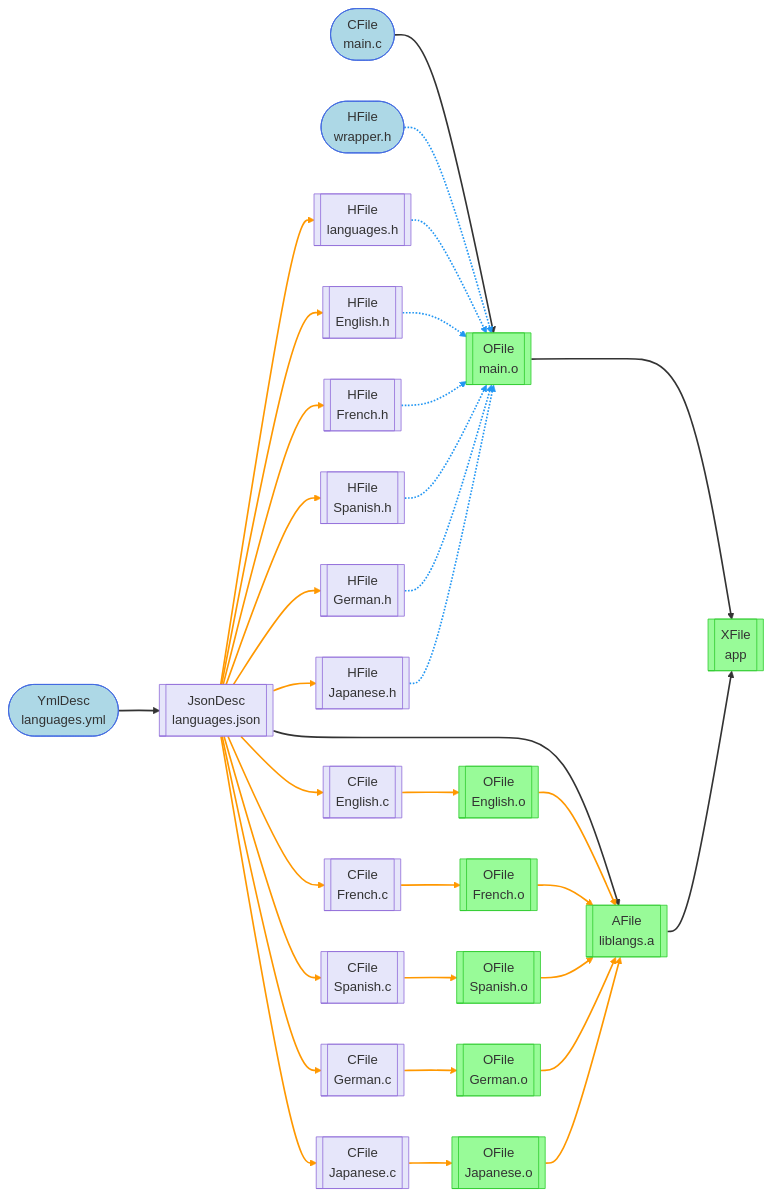
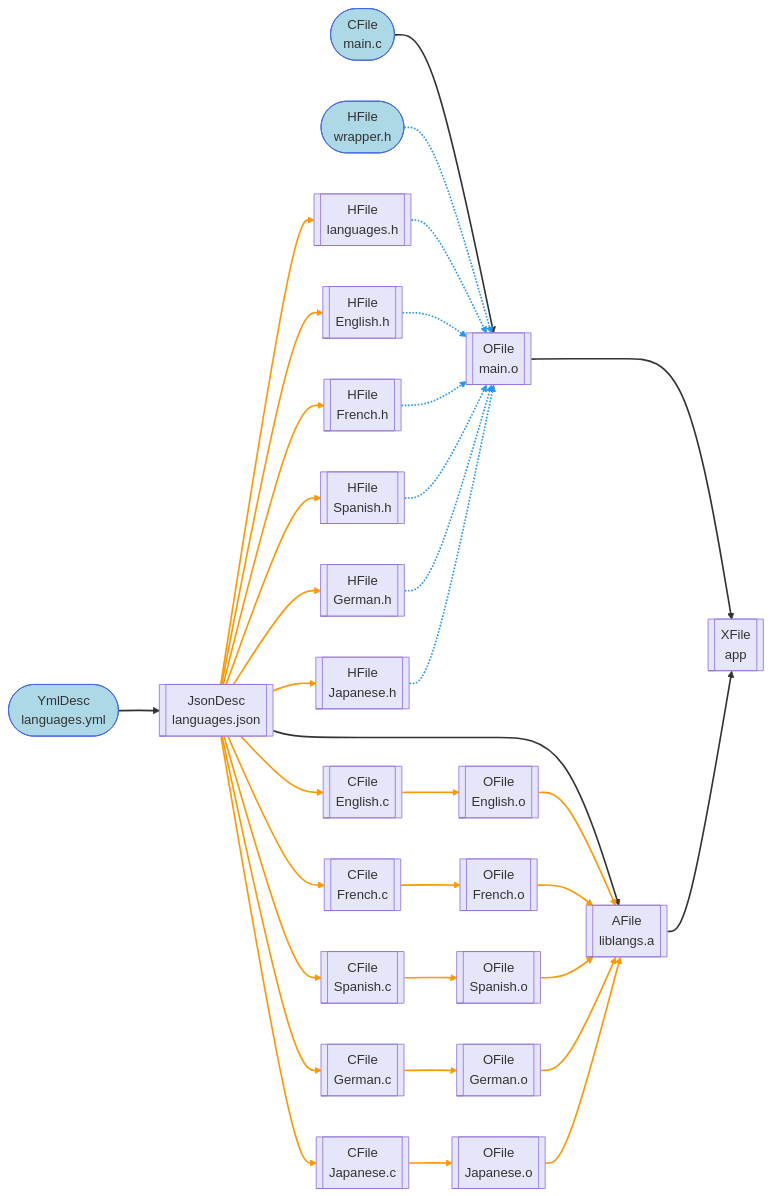
The diagram in demo_projects/project_expand/graph.mermaid (laurentcarrie/yamake), drawn with Mermaid before and after one commit. The commit also changed 1 other file, not shown here.

```diff
--- a/demo_projects/project_expand/graph.mermaid
+++ b/demo_projects/project_expand/graph.mermaid
@@ -1,113 +1,113 @@
 flowchart LR
     n0(["CFile<br>main.c"])
     n1[["OFile<br>main.o"]];
     n2(["HFile<br>wrapper.h"])
     n3[["XFile<br>app"]];
     n4(["YmlDesc<br>languages.yml"])
     n5[["JsonDesc<br>languages.json"]];
     n6[["AFile<br>liblangs.a"]];
     n7[["CFile<br>English.c"]];
     n8[["HFile<br>English.h"]];
     n9[["OFile<br>English.o"]];
     n10[["CFile<br>French.c"]];
     n11[["HFile<br>French.h"]];
     n12[["OFile<br>French.o"]];
     n13[["CFile<br>Spanish.c"]];
     n14[["HFile<br>Spanish.h"]];
     n15[["OFile<br>Spanish.o"]];
     n16[["CFile<br>German.c"]];
     n17[["HFile<br>German.h"]];
     n18[["OFile<br>German.o"]];
     n19[["CFile<br>Japanese.c"]];
     n20[["HFile<br>Japanese.h"]];
     n21[["OFile<br>Japanese.o"]];
     n22[["HFile<br>languages.h"]];
     n0 --> n1
     n1 --> n3
     n4 --> n5
     n5 --> n6
     n6 --> n3
     n2 -.-> n1
     n5 ==> n7
     n5 ==> n8
     n7 ==> n9
     n9 ==> n6
     n5 ==> n10
     n5 ==> n11
     n10 ==> n12
     n12 ==> n6
     n5 ==> n13
     n5 ==> n14
     n13 ==> n15
     n15 ==> n6
     n5 ==> n16
     n5 ==> n17
     n16 ==> n18
     n18 ==> n6
     n5 ==> n19
     n5 ==> n20
     n19 ==> n21
     n21 ==> n6
     n5 ==> n22
     n22 -.-> n1
     n8 -.-> n1
     n11 -.-> n1
     n14 -.-> n1
     n17 -.-> n1
     n20 -.-> n1
     style n0 fill:#ADD8E6,stroke:#4169E1
-    style n1 fill:#98FB98,stroke:#32CD32
+    style n1 fill:#E6E6FA,stroke:#9370DB
     style n2 fill:#ADD8E6,stroke:#4169E1
-    style n3 fill:#98FB98,stroke:#32CD32
+    style n3 fill:#E6E6FA,stroke:#9370DB
     style n4 fill:#ADD8E6,stroke:#4169E1
     style n5 fill:#E6E6FA,stroke:#9370DB
-    style n6 fill:#98FB98,stroke:#32CD32
+    style n6 fill:#E6E6FA,stroke:#9370DB
     style n7 fill:#E6E6FA,stroke:#9370DB
     style n8 fill:#E6E6FA,stroke:#9370DB
-    style n9 fill:#98FB98,stroke:#32CD32
+    style n9 fill:#E6E6FA,stroke:#9370DB
     style n10 fill:#E6E6FA,stroke:#9370DB
     style n11 fill:#E6E6FA,stroke:#9370DB
-    style n12 fill:#98FB98,stroke:#32CD32
+    style n12 fill:#E6E6FA,stroke:#9370DB
     style n13 fill:#E6E6FA,stroke:#9370DB
     style n14 fill:#E6E6FA,stroke:#9370DB
-    style n15 fill:#98FB98,stroke:#32CD32
+    style n15 fill:#E6E6FA,stroke:#9370DB
     style n16 fill:#E6E6FA,stroke:#9370DB
     style n17 fill:#E6E6FA,stroke:#9370DB
-    style n18 fill:#98FB98,stroke:#32CD32
+    style n18 fill:#E6E6FA,stroke:#9370DB
     style n19 fill:#E6E6FA,stroke:#9370DB
     style n20 fill:#E6E6FA,stroke:#9370DB
-    style n21 fill:#98FB98,stroke:#32CD32
+    style n21 fill:#E6E6FA,stroke:#9370DB
     style n22 fill:#E6E6FA,stroke:#9370DB
     linkStyle 0 stroke:#333,stroke-width:2px
     linkStyle 1 stroke:#333,stroke-width:2px
     linkStyle 2 stroke:#333,stroke-width:2px
     linkStyle 3 stroke:#333,stroke-width:2px
     linkStyle 4 stroke:#333,stroke-width:2px
     linkStyle 5 stroke:#2196F3,stroke-width:2px
     linkStyle 6 stroke:#FF9800,stroke-width:2px
     linkStyle 7 stroke:#FF9800,stroke-width:2px
     linkStyle 8 stroke:#FF9800,stroke-width:2px
     linkStyle 9 stroke:#FF9800,stroke-width:2px
     linkStyle 10 stroke:#FF9800,stroke-width:2px
     linkStyle 11 stroke:#FF9800,stroke-width:2px
     linkStyle 12 stroke:#FF9800,stroke-width:2px
     linkStyle 13 stroke:#FF9800,stroke-width:2px
     linkStyle 14 stroke:#FF9800,stroke-width:2px
     linkStyle 15 stroke:#FF9800,stroke-width:2px
     linkStyle 16 stroke:#FF9800,stroke-width:2px
     linkStyle 17 stroke:#FF9800,stroke-width:2px
     linkStyle 18 stroke:#FF9800,stroke-width:2px
     linkStyle 19 stroke:#FF9800,stroke-width:2px
     linkStyle 20 stroke:#FF9800,stroke-width:2px
     linkStyle 21 stroke:#FF9800,stroke-width:2px
     linkStyle 22 stroke:#FF9800,stroke-width:2px
     linkStyle 23 stroke:#FF9800,stroke-width:2px
     linkStyle 24 stroke:#FF9800,stroke-width:2px
     linkStyle 25 stroke:#FF9800,stroke-width:2px
     linkStyle 26 stroke:#FF9800,stroke-width:2px
     linkStyle 27 stroke:#2196F3,stroke-width:2px
     linkStyle 28 stroke:#2196F3,stroke-width:2px
     linkStyle 29 stroke:#2196F3,stroke-width:2px
     linkStyle 30 stroke:#2196F3,stroke-width:2px
     linkStyle 31 stroke:#2196F3,stroke-width:2px
     linkStyle 32 stroke:#2196F3,stroke-width:2px
```
